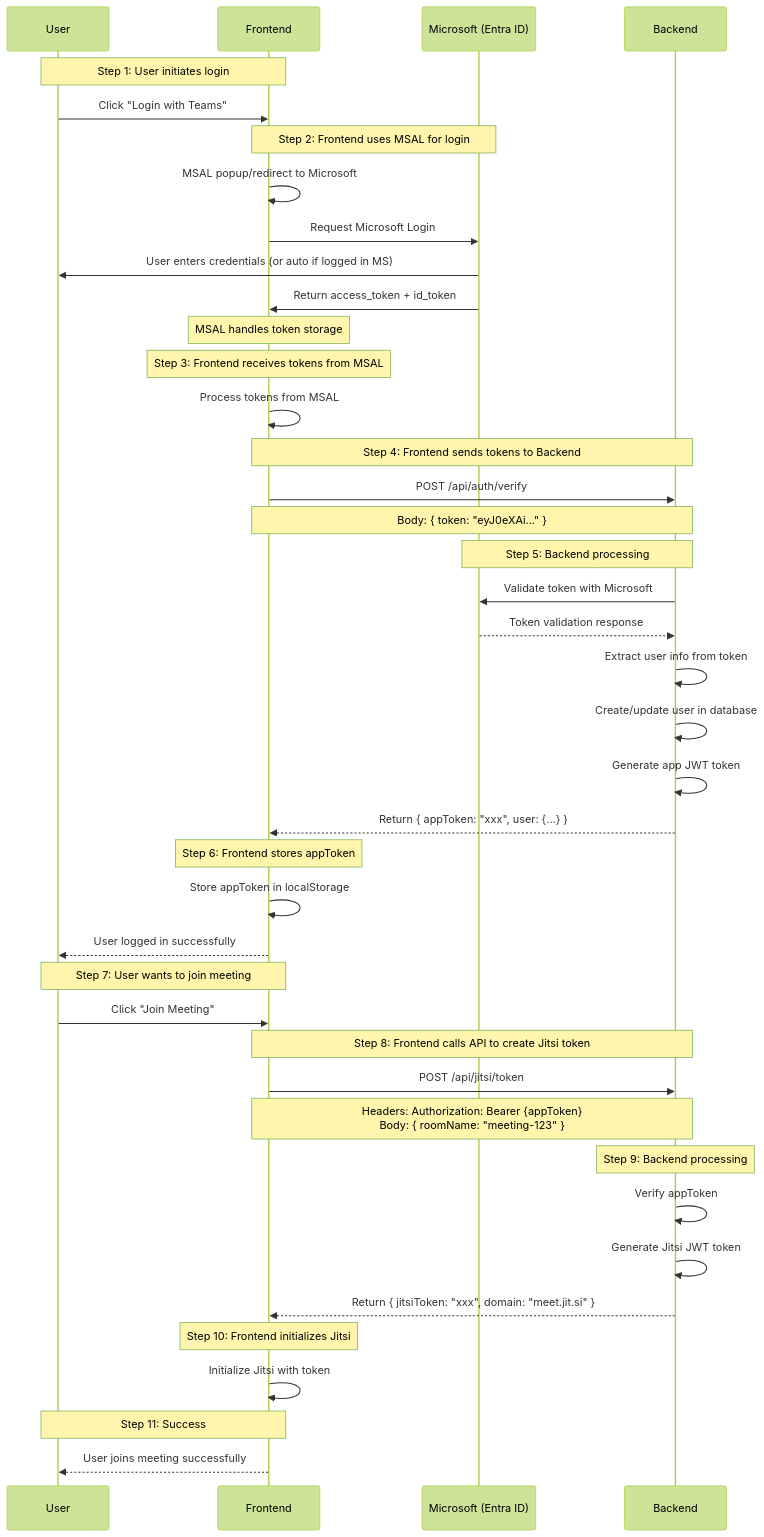
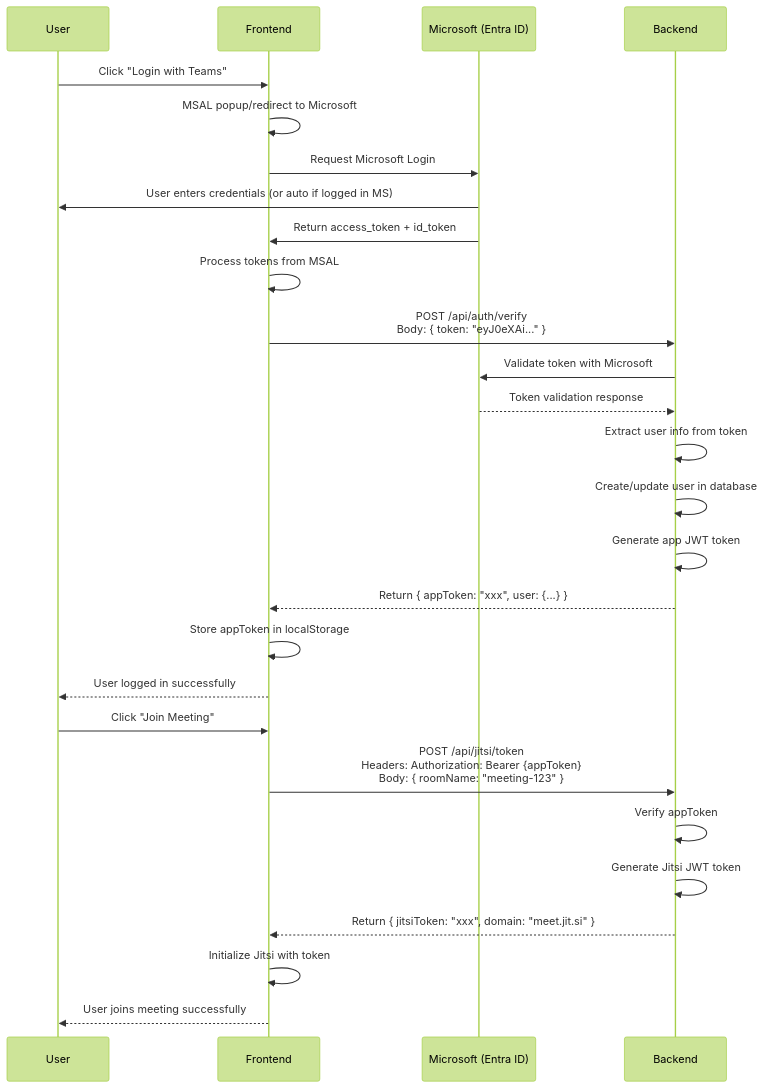
The first of 3 diagrams in projects/GEM/video-conference/auth-flow-v2.md (pnam16/foam), drawn with Mermaid (forest theme) before and after one commit.

Commit message:
Oct 24, 2025, 5:19 PM

````diff
--- a/projects/GEM/video-conference/auth-flow-v2.md
+++ b/projects/GEM/video-conference/auth-flow-v2.md
@@ -36,54 +36,30 @@
 ```mermaid
 sequenceDiagram
   participant U as User
   participant F as Frontend
   participant M as Microsoft (Entra ID)
   participant B as Backend
 
-  Note over U,F: Step 1: User initiates login
   U->>F: Click "Login with Teams"
-
-  Note over F,M: Step 2: Frontend uses MSAL for login
   F->>F: MSAL popup/redirect to Microsoft
   F->>M: Request Microsoft Login
   M->>U: User enters credentials (or auto if logged in MS)
   M->>F: Return access_token + id_token
-  Note over F: MSAL handles token storage
-
-  Note over F: Step 3: Frontend receives tokens from MSAL
   F->>F: Process tokens from MSAL
-
-  Note over F,B: Step 4: Frontend sends tokens to Backend
-  F->>B: POST /api/auth/verify
-  Note over F,B: Body: { token: "eyJ0eXAi..." }
-
-  Note over B,M: Step 5: Backend processing
+  F->>B: POST /api/auth/verify<br/>Body: { token: "eyJ0eXAi..." }
   B->>M: Validate token with Microsoft
   M-->>B: Token validation response
   B->>B: Extract user info from token
   B->>B: Create/update user in database
   B->>B: Generate app JWT token
   B-->>F: Return { appToken: "xxx", user: {...} }
-
-  Note over F: Step 6: Frontend stores appToken
   F->>F: Store appToken in localStorage
   F-->>U: User logged in successfully
-
-  Note over U,F: Step 7: User wants to join meeting
   U->>F: Click "Join Meeting"
-
-  Note over F,B: Step 8: Frontend calls API to create Jitsi token
-  F->>B: POST /api/jitsi/token
-  Note over F,B: Headers: Authorization: Bearer {appToken}<br/>Body: { roomName: "meeting-123" }
-
-  Note over B: Step 9: Backend processing
+  F->>B: POST /api/jitsi/token<br/>Headers: Authorization: Bearer {appToken}<br/>Body: { roomName: "meeting-123" }
   B->>B: Verify appToken
   B->>B: Generate Jitsi JWT token
   B-->>F: Return { jitsiToken: "xxx", domain: "meet.jit.si" }
-
-  Note over F: Step 10: Frontend initializes Jitsi
   F->>F: Initialize Jitsi with token
-
-  Note over U,F: Step 11: Success
   F-->>U: User joins meeting successfully
 ```
````
